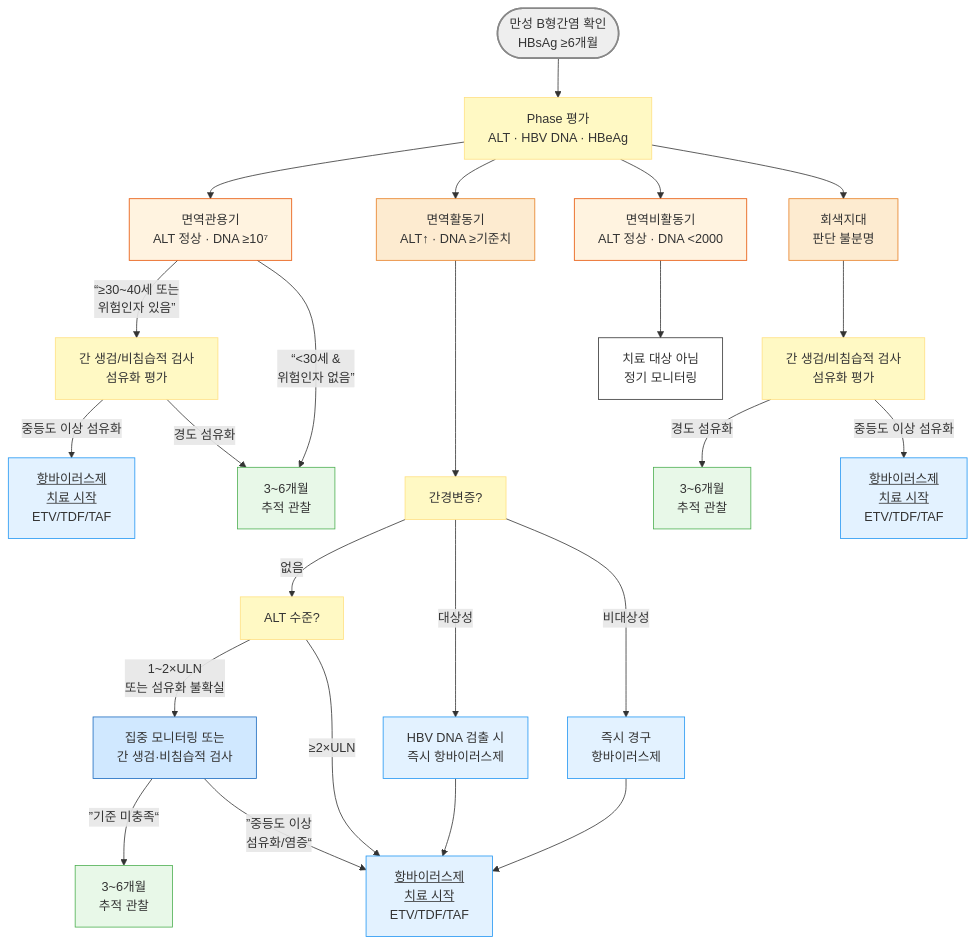
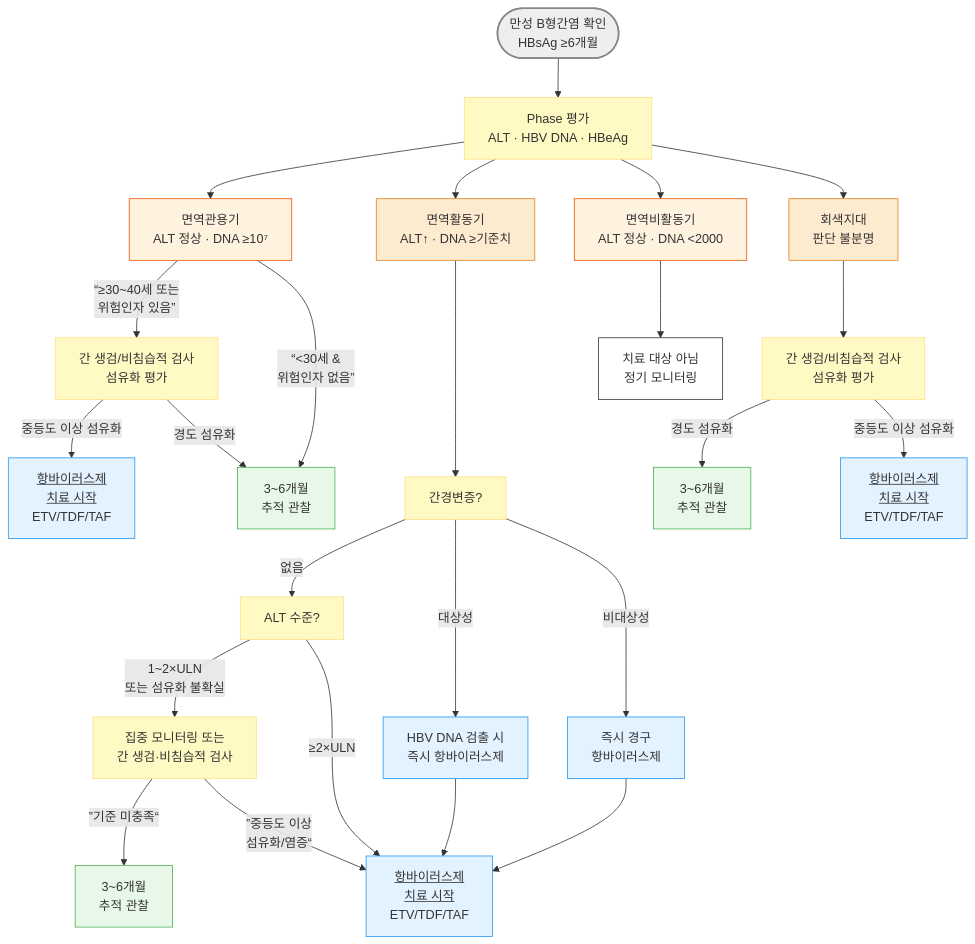
The second of 4 diagrams in 224_/091_b-hepatitis-b-viral-infection.md (familyoh77/familyoh77), drawn with Mermaid before and after one commit. The commit also changed other lines of this file, not shown here.

````diff
--- a/224_/091_b-hepatitis-b-viral-infection.md
+++ b/224_/091_b-hepatitis-b-viral-infection.md
@@ -277,62 +277,60 @@
 ```mermaid
 flowchart TD
 A([만성 B형간염 확인<br/>HBsAg ≥6개월])
 B[Phase 평가<br/>ALT · HBV DNA · HBeAg]
 C[면역관용기<br/>ALT 정상 · DNA ≥10⁷]
 D[면역활동기<br/>ALT↑ · DNA ≥기준치]
 E[면역비활동기<br/>ALT 정상 · DNA <2000]
 F[회색지대<br/>판단 불분명]
 G[간 생검/비침습적 검사<br/>섬유화 평가]
 GM[<u>항바이러스제 <br/>치료 시작</u><br/>ETV/TDF/TAF]
 CG[간 생검/비침습적 검사<br/>섬유화 평가]
 H[3~6개월 <br/>추적 관찰]
 CH[3~6개월 <br/>추적 관찰]
 FH[3~6개월 <br/>추적 관찰]
 I[간경변증?]
 I2[ALT 수준?]
 J[집중 모니터링 또는 <br/>간 생검·비침습적 검사]
 K[HBV DNA 검출 시<br/>즉시 항바이러스제]
 L[즉시 경구 <br/>항바이러스제]
 M[<u>항바이러스제 <br/>치료 시작</u><br/>ETV/TDF/TAF]
 FM[<u>항바이러스제 <br/>치료 시작</u><br/>ETV/TDF/TAF]
 N[치료 대상 아님<br/>정기 모니터링]
 
 A --> B
 B --> C
 B --> D
 B --> E
 B --> F
 C --“≥30~40세 또는<br/>위험인자 있음” --> CG
 C -- “<30세 &<br/>위험인자 없음” --> CH
 D ---> I
 I -- 없음 --> I2
 I2 -- "1~2×ULN<br/>또는 섬유화 불확실" --> J
 I2 -- "≥2×ULN" --> M
 J -- ”기준 미충족“ --> H
 J -- ”중등도 이상<br/>섬유화/염증“ --> M
 I -- 대상성 --> K
 I -- 비대상성 --> L
 K --> M
 L --> M
 E --> N
 CG -- 중등도 이상 섬유화 --> GM
 CG -- 경도 섬유화 --> CH
 F --> G
 G -- 경도 섬유화 --> FH
 G -- 중등도 이상 섬유화 --> FM
 
 style A fill:#eeeeee,stroke:#888888,stroke-width:2px
 style N fill:#fff,stroke:#333
 classDef yellow fill:#fff9c4,stroke:#ffe082
-class B,I,I2,G,CG yellow
+class B,I,I2,G,CG,J yellow
 classDef orange fill:#fdebd0,stroke:#e67e22
 class D,F orange
 classDef orange50 fill:#fff3e0,stroke:#e65100
 class C,E orange50
-classDef blue fill:#d0e8ff,stroke:#1a6abf
-class H,J,CH,FH blue
 classDef sky fill:#e3f2ff,stroke:#2196f3
 class L,K,M,GM,FM sky
 classDef lightGreen fill:#e8f8e8,stroke:#4caf50
 class CH,H,FH lightGreen
 ```
````
